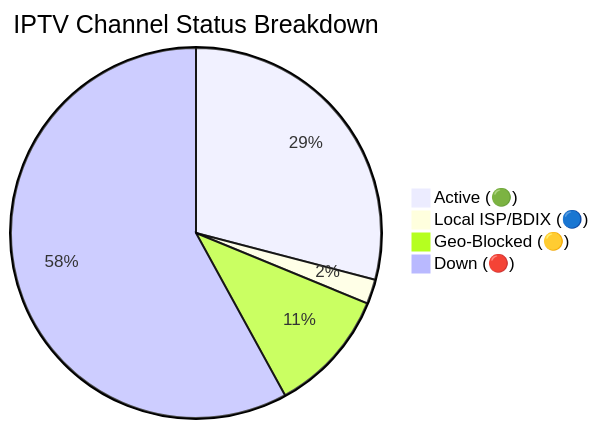
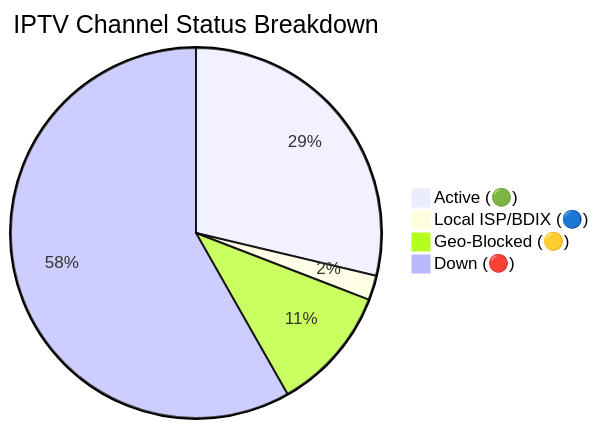
The diagram in README.md (andreataylord/Ip-tv-Collection), drawn with Mermaid before and after one commit. The commit also changed other lines of this file and 1 other file, not shown here.

Commit message:
docs(readme): auto-update daily channel status chart

````diff
--- a/README.md
+++ b/README.md
@@ -59,7 +59,7 @@
 ```mermaid
 pie title IPTV Channel Status Breakdown
-    "Active (🟢)" : 1730
+    "Active (🟢)" : 1709
     "Local ISP/BDIX (🔵)" : 128
-    "Geo-Blocked (🟡)" : 643
-    "Down (🔴)" : 3452
+    "Geo-Blocked (🟡)" : 650
+    "Down (🔴)" : 3466
 ```
````
